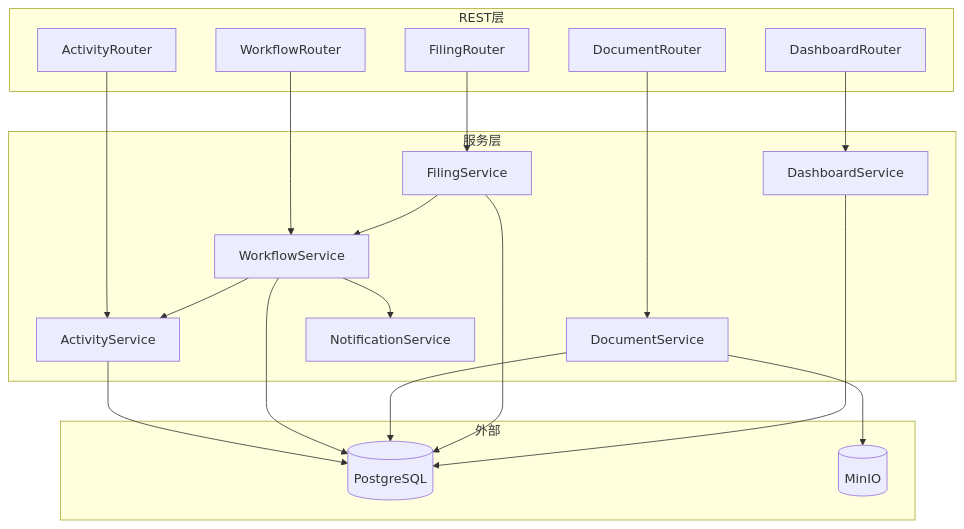
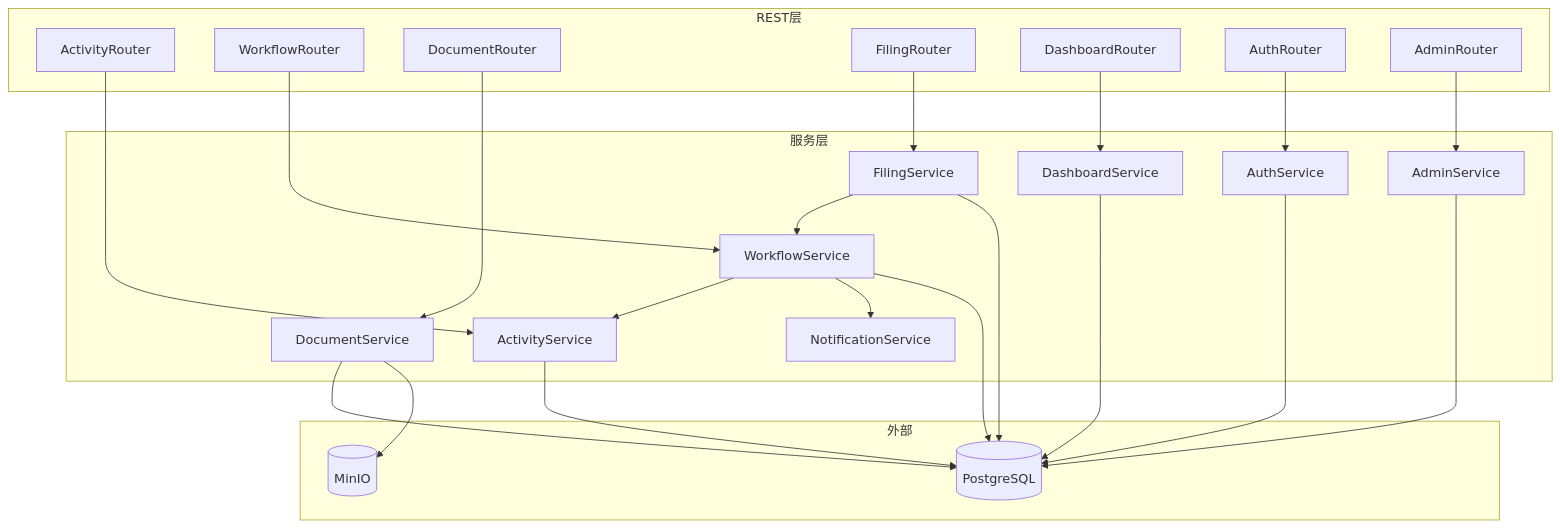
Before and after one commit to VasantLong/camis2026: the diagram in docs/service-design.md, drawn with Mermaid. The commit also changed other lines of this file and 3 other files, not shown here.

````diff
--- a/docs/service-design.md
+++ b/docs/service-design.md
@@ -363,36 +479,43 @@
 ```mermaid
 flowchart TD
     subgraph REST层
         AR[ActivityRouter]
         WR[WorkflowRouter]
         DR[DocumentRouter]
         FR[FilingRouter]
         DBR[DashboardRouter]
+        AuthR[AuthRouter]
+        AdminR[AdminRouter]
     end
 
     subgraph 服务层
         AS[ActivityService]
         WS[WorkflowService]
         DS[DocumentService]
         FS[FilingService]
         NS[NotificationService]
         DBS[DashboardService]
+        AuthS[AuthService]
+        AdminS[AdminService]
     end
 
     subgraph 外部
         DB[(PostgreSQL)]
         MinIO[(MinIO)]
     end
 
     AR --> AS --> DB
     WR --> WS --> DB
     DR --> DS --> MinIO
     DS --> DB
     FR --> FS --> DB
     FS --> WS
 
     WS --> NS
     WS --> AS
 
+    AuthR --> AuthS --> DB
+    AdminR --> AdminS --> DB
+
     DBR --> DBS --> DB
 ```
````
